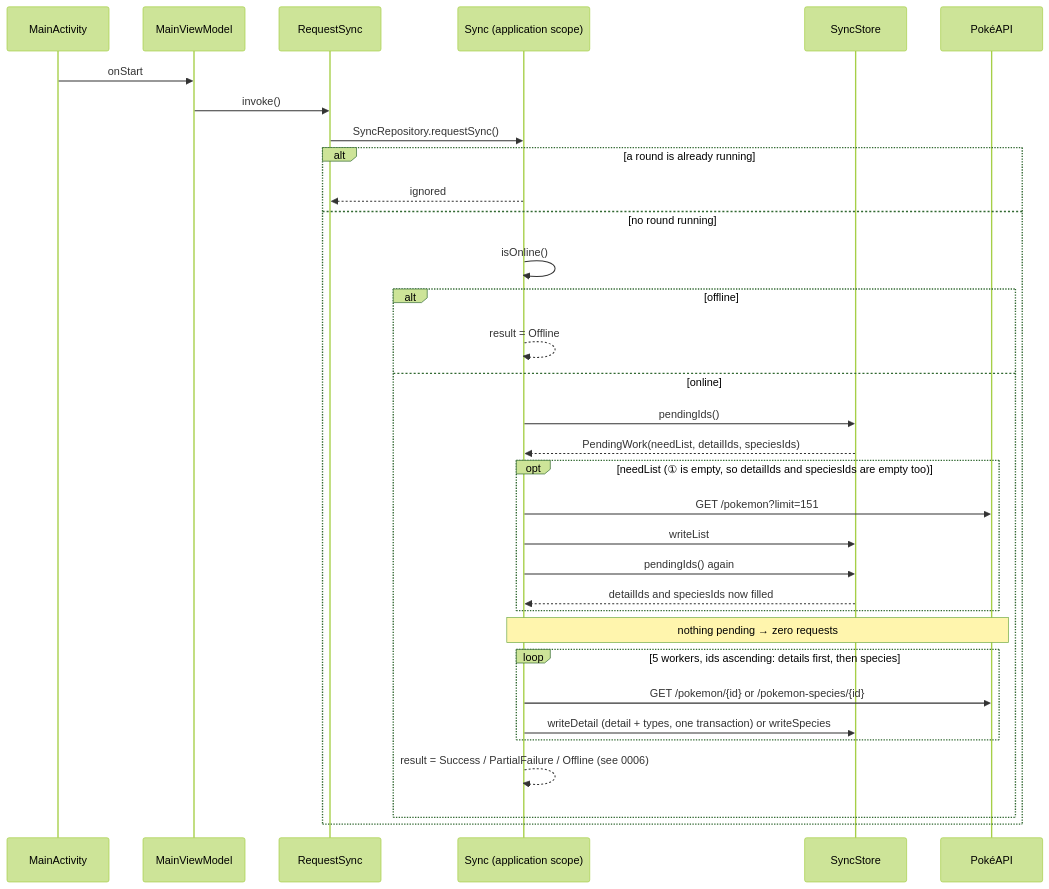
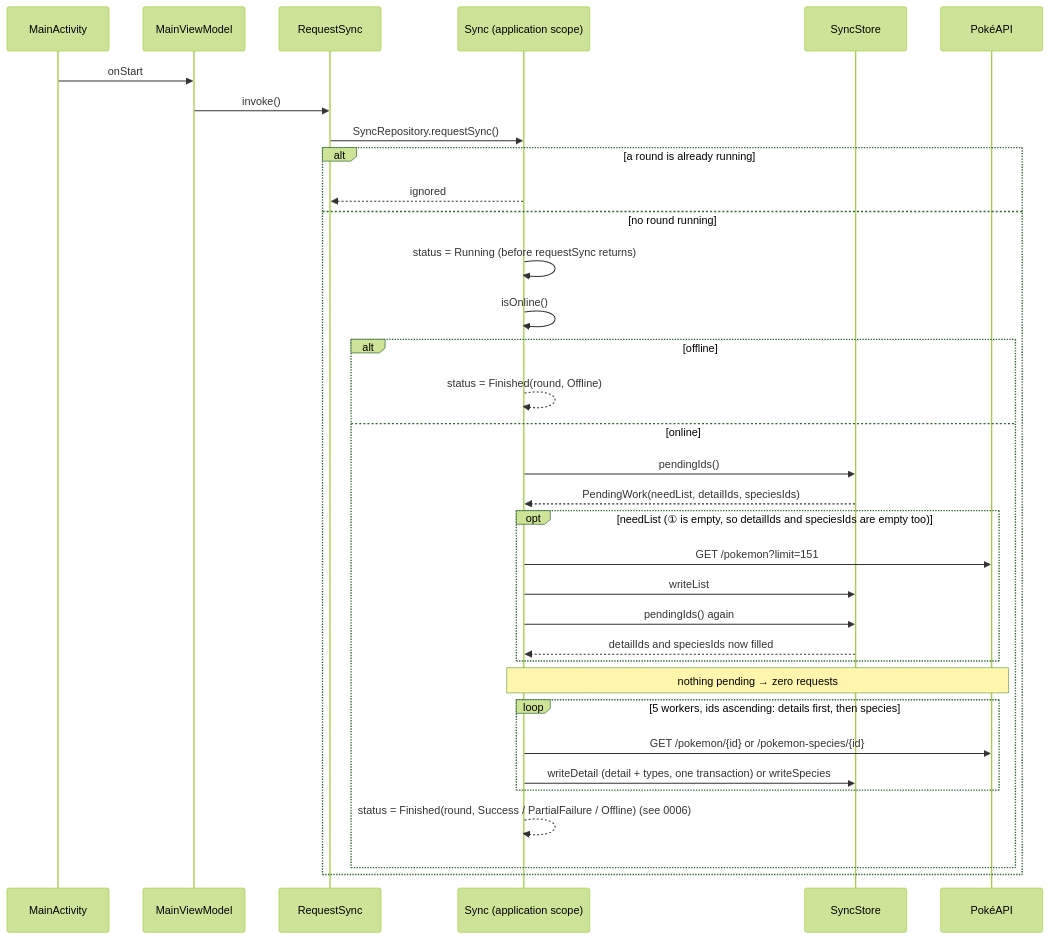
One commit to jay41chen/pokedex changed the diagram in docs/design/0003-sync-fill-missing-and-resume.md. Above: the diagram before and after it, drawn with Mermaid (forest theme). The commit also changed 28 other files, not shown here.

````diff
--- a/docs/design/0003-sync-fill-missing-and-resume.md
+++ b/docs/design/0003-sync-fill-missing-and-resume.md
@@ -22,35 +22,36 @@
 ```mermaid
 sequenceDiagram
   participant A as MainActivity
   participant VM as MainViewModel
   participant UC as RequestSync
   participant S as Sync (application scope)
   participant St as SyncStore
   participant API as PokéAPI
   A->>VM: onStart
   VM->>UC: invoke()
   UC->>S: SyncRepository.requestSync()
   alt a round is already running
     S-->>UC: ignored
   else no round running
+    S->>S: status = Running (before requestSync returns)
     S->>S: isOnline()
     alt offline
-      S-->>S: result = Offline
+      S-->>S: status = Finished(round, Offline)
     else online
       S->>St: pendingIds()
       St-->>S: PendingWork(needList, detailIds, speciesIds)
       opt needList (① is empty, so detailIds and speciesIds are empty too)
         S->>API: GET /pokemon?limit=151
         S->>St: writeList
         S->>St: pendingIds() again
         St-->>S: detailIds and speciesIds now filled
       end
       Note over S,API: nothing pending → zero requests
       loop 5 workers, ids ascending: details first, then species
         S->>API: GET /pokemon/{id} or /pokemon-species/{id}
         S->>St: writeDetail (detail + types, one transaction) or writeSpecies
       end
-      S-->>S: result = Success / PartialFailure / Offline (see 0006)
+      S-->>S: status = Finished(round, Success / PartialFailure / Offline) (see 0006)
     end
   end
 ```
````
